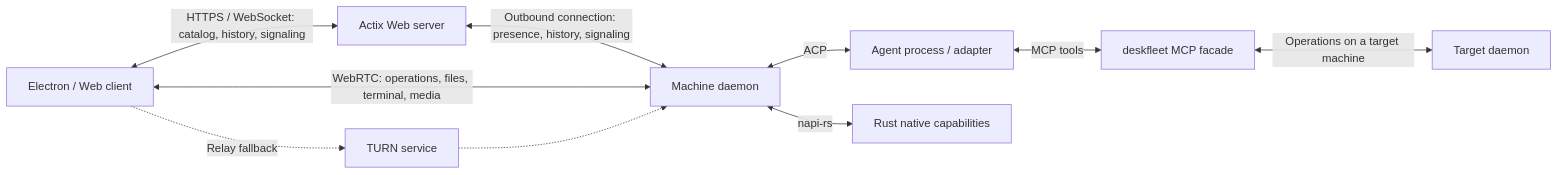
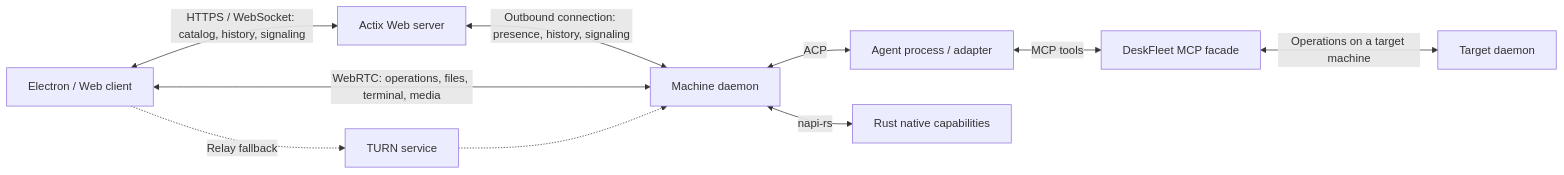
The diagram in agents/docs/architecture.md (LemonNekoGH/deskfleet), drawn with Mermaid before and after one commit. The commit also changed other lines of this file and 111 other files, not shown here.

Commit message:
feat(branding): adopt Arctic fox logo and DeskFleet display name (#127)

````diff
--- a/agents/docs/architecture.md
+++ b/agents/docs/architecture.md
@@ -23,12 +23,12 @@
 ```mermaid
 flowchart LR
     Client["Electron / Web client"] <-->|"HTTPS / WebSocket: catalog, history, signaling"| Server["Actix Web server"]
     Server <-->|"Outbound connection: presence, history, signaling"| Daemon["Machine daemon"]
     Client <-->|"WebRTC: operations, files, terminal, media"| Daemon
     Daemon <-->|"ACP"| Agent["Agent process / adapter"]
-    Agent <-->|"MCP tools"| MCP["deskfleet MCP facade"]
+    Agent <-->|"MCP tools"| MCP["DeskFleet MCP facade"]
     MCP <-->|"Operations on a target machine"| Target["Target daemon"]
     Daemon <-->|"napi-rs"| Native["Rust native capabilities"]
     Client -.->|"Relay fallback"| TURN["TURN service"]
     TURN -.-> Daemon
 ```
````
